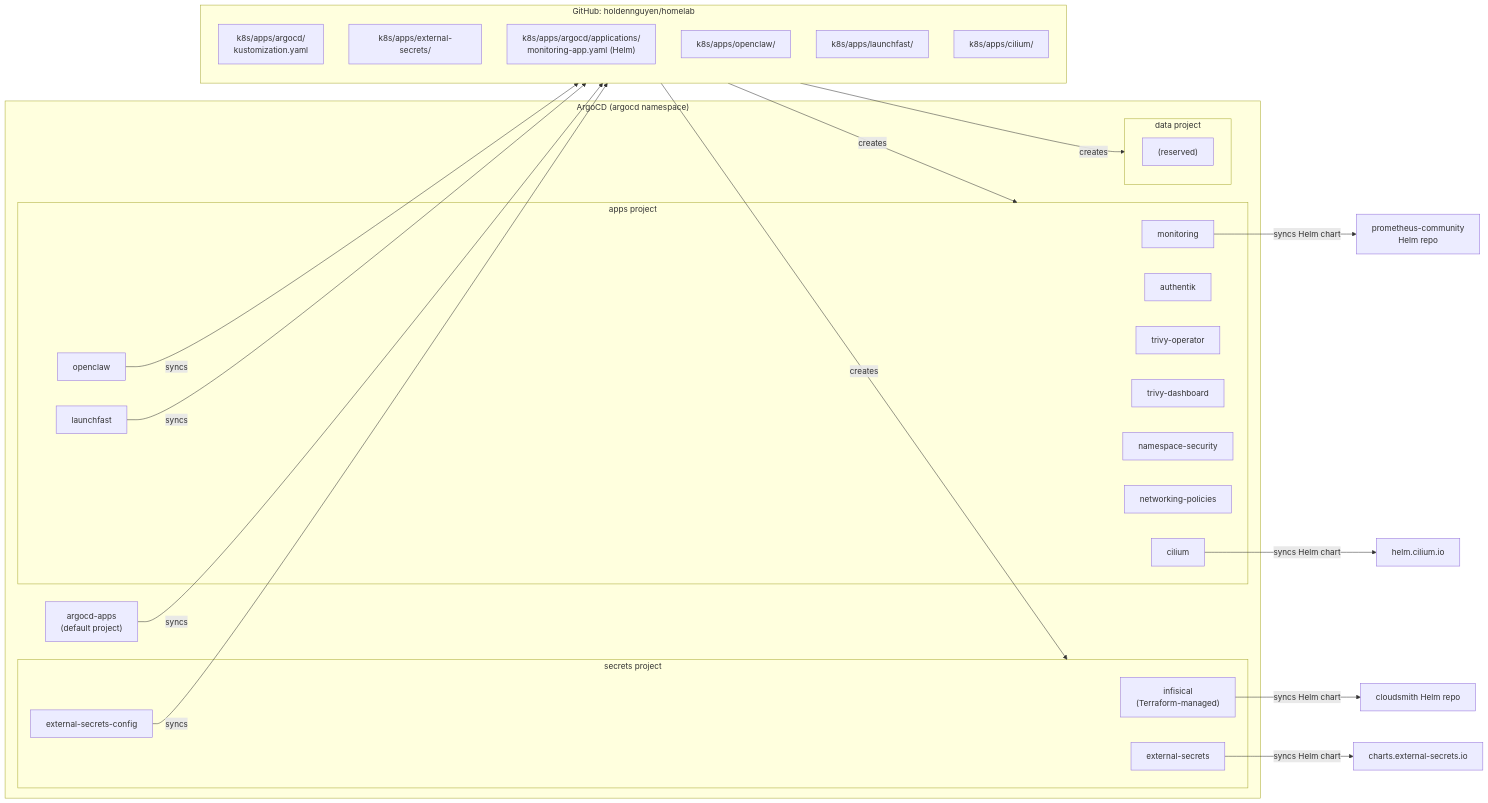
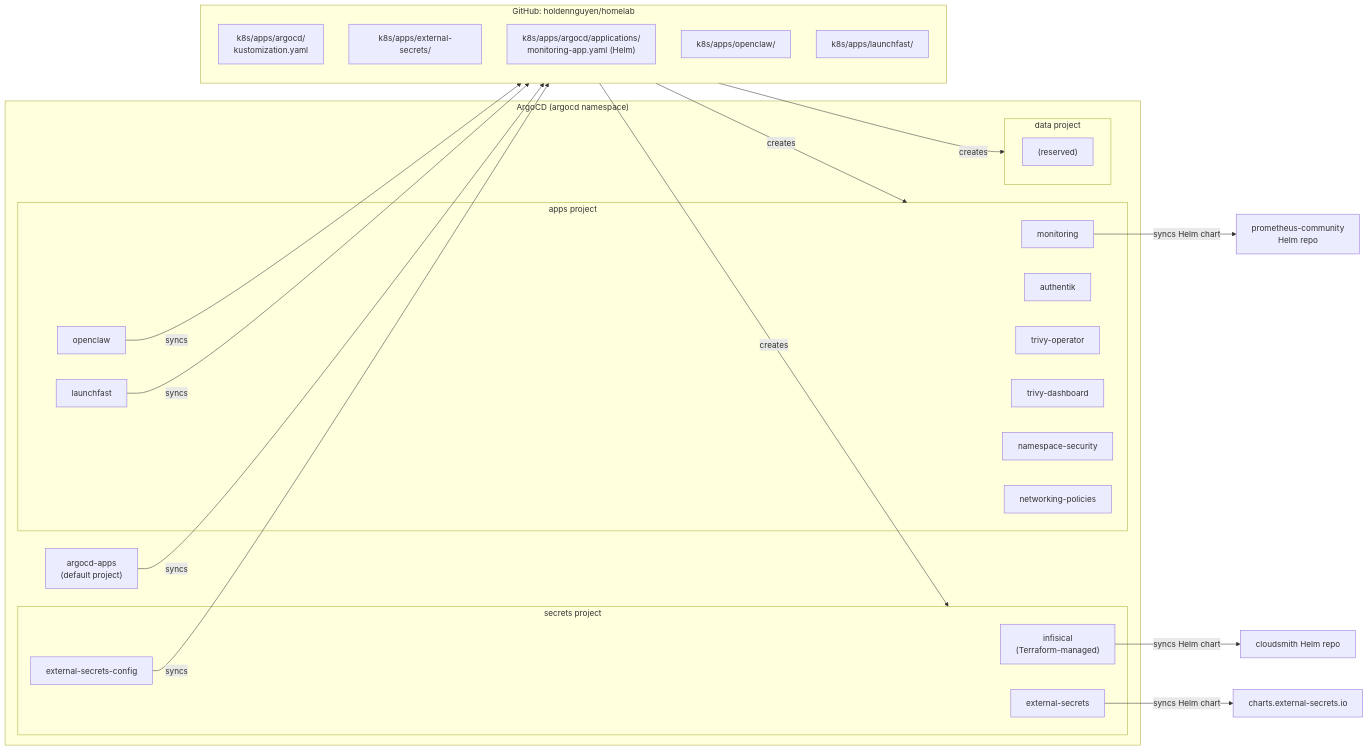
One commit to holdennguyen/homelab changed the second of 4 diagrams in docs/getting-started/architecture.md. Above: the diagram before and after it, drawn with Mermaid. The commit also changed other lines of this file and 1 other file, not shown here.

First line of the commit message:
docs: update documentation to reflect removal of Cilium

````diff
--- a/docs/getting-started/architecture.md
+++ b/docs/getting-started/architecture.md
@@ -74,51 +74,48 @@
 ```mermaid
 flowchart LR
     subgraph git["GitHub: holdennguyen/homelab"]
         direction TB
         RootDir["k8s/apps/argocd/\nkustomization.yaml"]
         ESDir["k8s/apps/external-secrets/"]
         MonDir["k8s/apps/argocd/applications/\nmonitoring-app.yaml (Helm)"]
         OCDir["k8s/apps/openclaw/"]
         LFDir["k8s/apps/launchfast/"]
-        CilDir["k8s/apps/cilium/"]
     end
 
     subgraph argocd["ArgoCD (argocd namespace)"]
         RootApp["argocd-apps\n(default project)"]
 
         subgraph secretsProj["secrets project"]
             InfisicalApp["infisical\n(Terraform-managed)"]
             ESOApp["external-secrets"]
             ESCApp["external-secrets-config"]
         end
 
         subgraph dataProj["data project"]
             DataPlaceholder["(reserved)"]
         end
 
         subgraph appsProj["apps project"]
             MonApp["monitoring"]
             AuthApp["authentik"]
             OCApp["openclaw"]
             TrivyApp["trivy-operator"]
             TrivyDashApp["trivy-dashboard"]
             LFApp["launchfast"]
             NSApp["namespace-security"]
             NPApp["networking-policies"]
-            CiliumApp["cilium"]
         end
     end
 
     RootApp -- "syncs" --> RootDir
     RootDir -- "creates" --> secretsProj
     RootDir -- "creates" --> dataProj
     RootDir -- "creates" --> appsProj
 
     ESOApp -- "syncs Helm chart" --> ESOChart["charts.external-secrets.io"]
     ESCApp -- "syncs" --> ESDir
     MonApp -- "syncs Helm chart" --> MonChart["prometheus-community\nHelm repo"]
     OCApp -- "syncs" --> OCDir
     LFApp -- "syncs" --> LFDir
-    CiliumApp -- "syncs Helm chart" --> CiliumChart["helm.cilium.io"]
     InfisicalApp -- "syncs Helm chart" --> InfisicalChart["cloudsmith Helm repo"]
 ```
````
